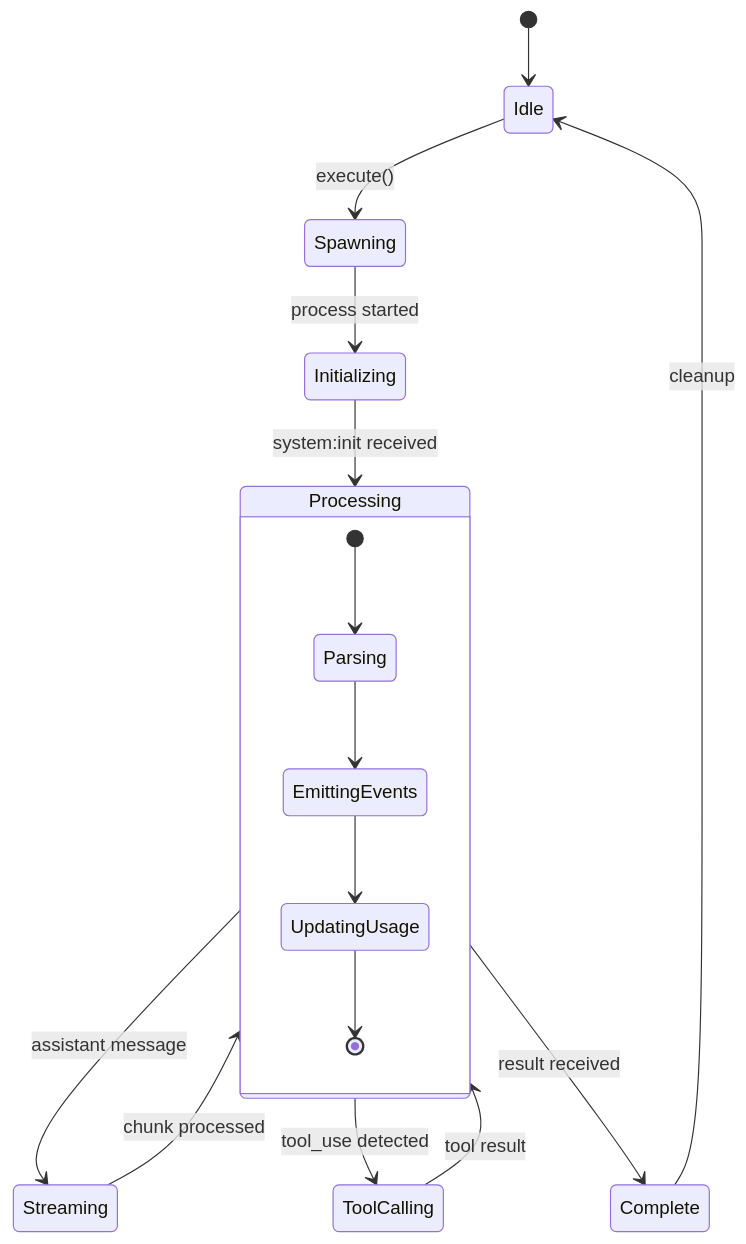
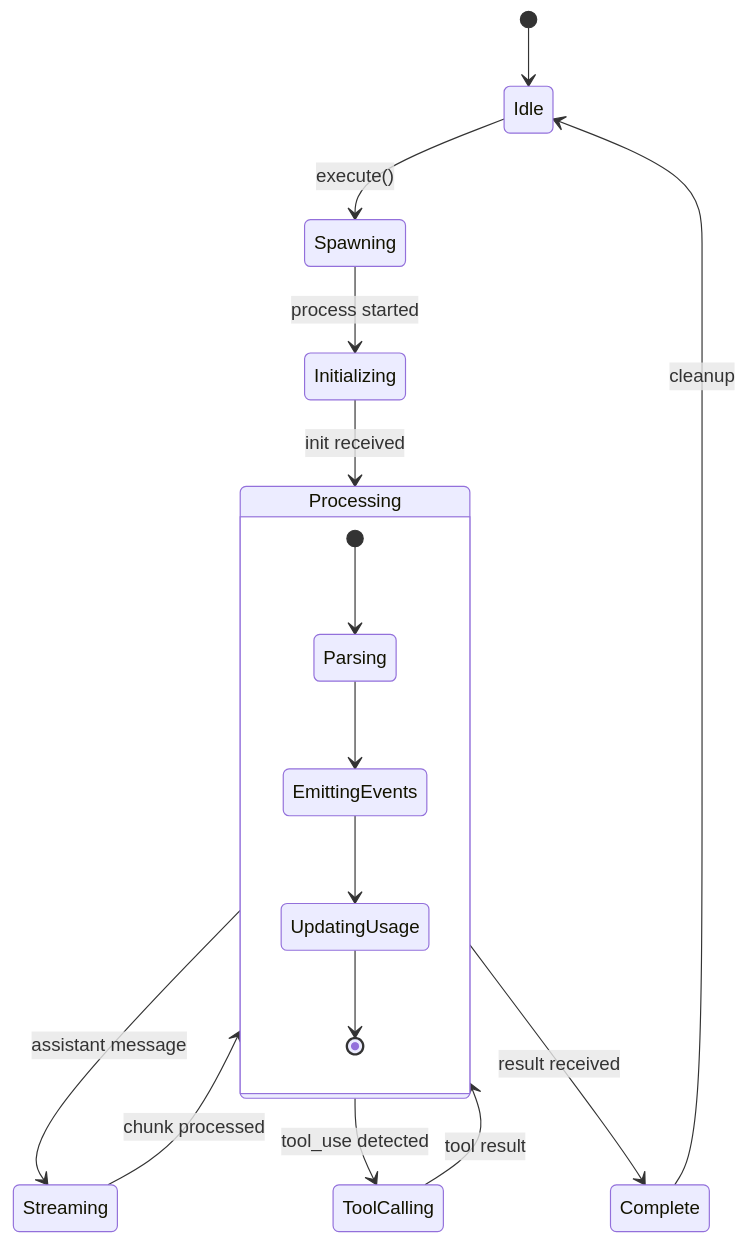
The ninth of 9 diagrams in pages/docs/agents/architecture.md (ancoleman/ai-design-components), drawn with Mermaid before and after one commit. The commit also changed other lines of this file, not shown here.

First line of the commit message:
fix(docs): Fix Mermaid diagram syntax for GitHub rendering

````diff
--- a/pages/docs/agents/architecture.md
+++ b/pages/docs/agents/architecture.md
@@ -584,24 +584,24 @@
 ```mermaid
 stateDiagram-v2
     [*] --> Idle
 
-    Idle --> Spawning: execute()
-    Spawning --> Initializing: process started
-    Initializing --> Processing: system:init received
+    Idle --> Spawning : execute()
+    Spawning --> Initializing : process started
+    Initializing --> Processing : init received
 
-    Processing --> Streaming: assistant message
-    Processing --> ToolCalling: tool_use detected
-    Processing --> Complete: result received
+    Processing --> Streaming : assistant message
+    Processing --> ToolCalling : tool_use detected
+    Processing --> Complete : result received
 
-    Streaming --> Processing: chunk processed
-    ToolCalling --> Processing: tool result
+    Streaming --> Processing : chunk processed
+    ToolCalling --> Processing : tool result
 
-    Complete --> Idle: cleanup
+    Complete --> Idle : cleanup
 
     state Processing {
         [*] --> Parsing
         Parsing --> EmittingEvents
         EmittingEvents --> UpdatingUsage
         UpdatingUsage --> [*]
     }
 ```
````
